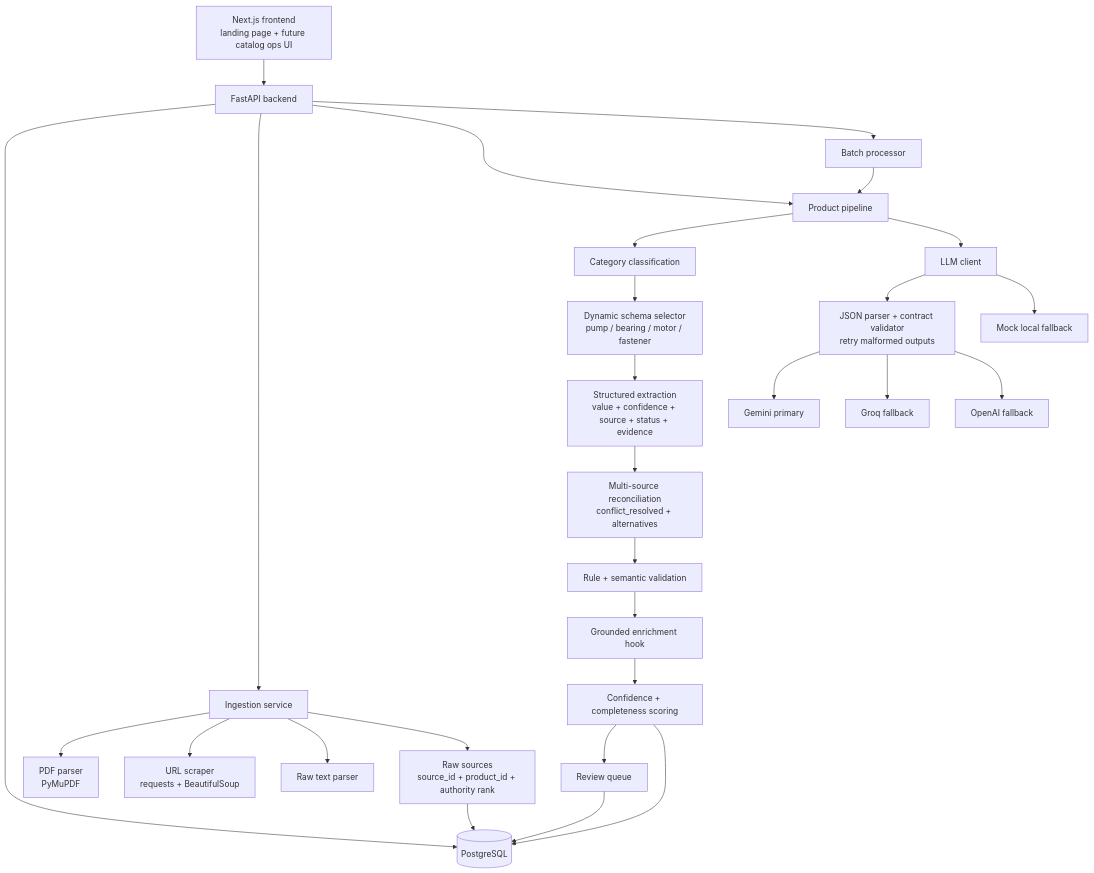
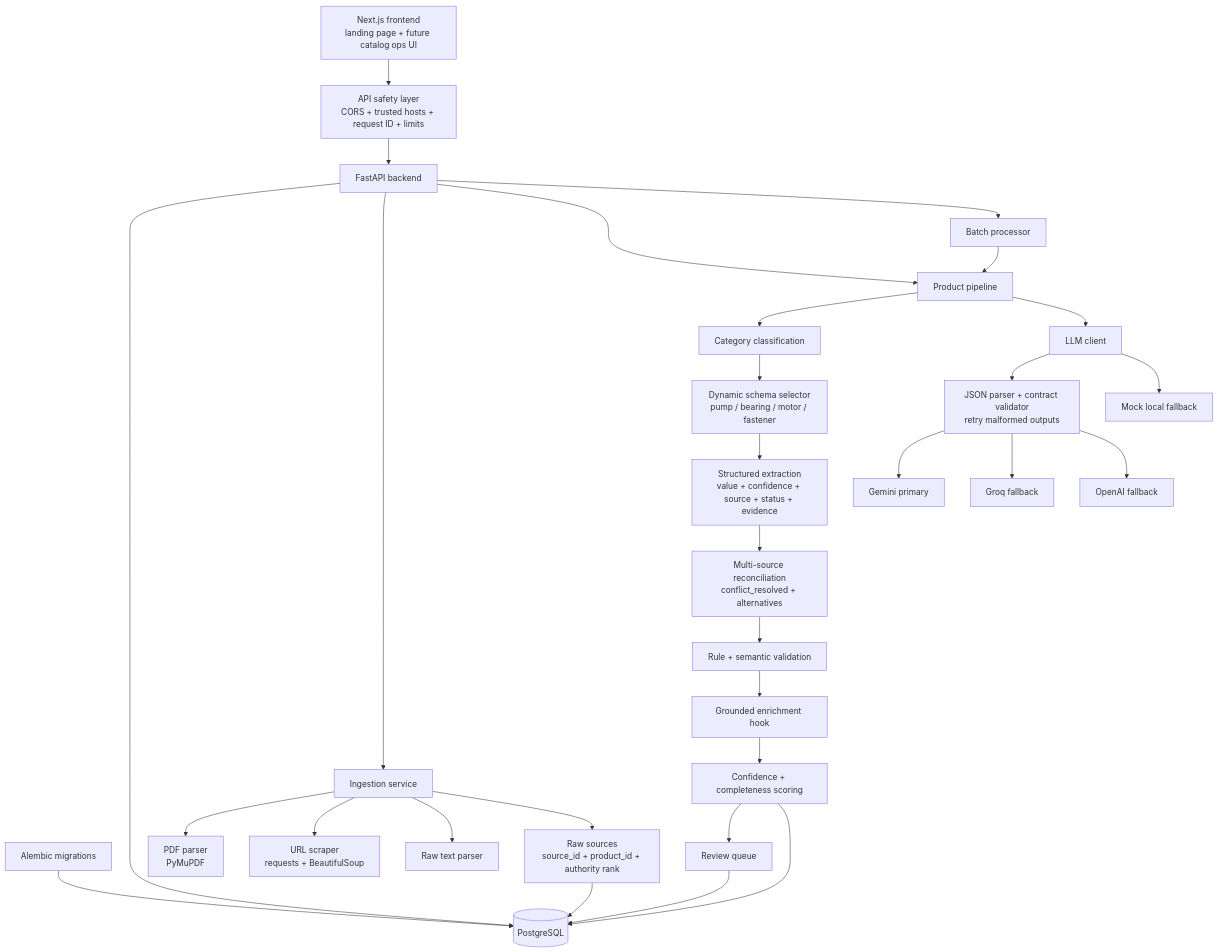
Before and after one commit to praju455/Ferrox: the diagram in README.md, drawn with Mermaid. The commit also changed other lines of this file and 11 other files, not shown here.

Commit message:
Harden API and complete migration setup

````diff
--- a/README.md
+++ b/README.md
@@ -114,33 +121,35 @@
 ```mermaid
 flowchart TD
-    UI["Next.js frontend\nlanding page + future catalog ops UI"] --> API["FastAPI backend"]
+    UI["Next.js frontend\nlanding page + future catalog ops UI"] --> Guard["API safety layer\nCORS + trusted hosts + request ID + limits"]
+    Guard --> API["FastAPI backend"]
     API --> DB[("PostgreSQL")]
+    Migration["Alembic migrations"] --> DB
     API --> Ingest["Ingestion service"]
     Ingest --> PDF["PDF parser\nPyMuPDF"]
     Ingest --> URL["URL scraper\nrequests + BeautifulSoup"]
     Ingest --> Text["Raw text parser"]
     Ingest --> Sources["Raw sources\nsource_id + product_id + authority rank"]
     Sources --> DB
 
     API --> Pipeline["Product pipeline"]
     Pipeline --> Classify["Category classification"]
     Classify --> Schemas["Dynamic schema selector\npump / bearing / motor / fastener"]
     Schemas --> Extract["Structured extraction\nvalue + confidence + source + status + evidence"]
     Extract --> Reconcile["Multi-source reconciliation\nconflict_resolved + alternatives"]
     Reconcile --> Validate["Rule + semantic validation"]
     Validate --> Enrich["Grounded enrichment hook"]
     Enrich --> Score["Confidence + completeness scoring"]
     Score --> Review["Review queue"]
     Score --> DB
     Review --> DB
 
     Pipeline --> LLM["LLM client"]
     LLM --> JSON["JSON parser + contract validator\nretry malformed outputs"]
     JSON --> Gemini["Gemini primary"]
     JSON --> Groq["Groq fallback"]
     JSON --> OpenAI["OpenAI fallback"]
     LLM --> Mock["Mock local fallback"]
 
     API --> Batch["Batch processor"]
     Batch --> Pipeline
 ```
````
